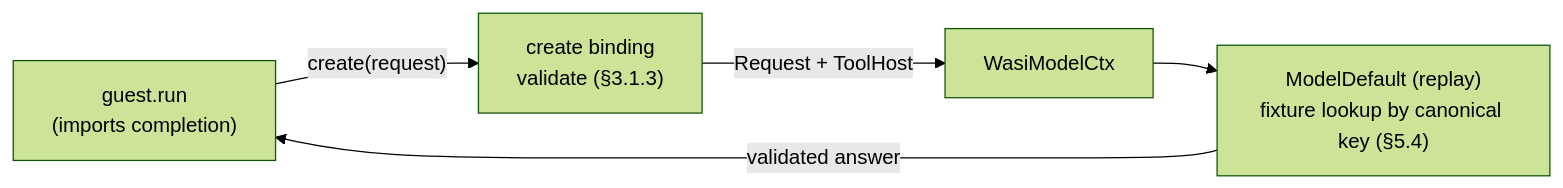
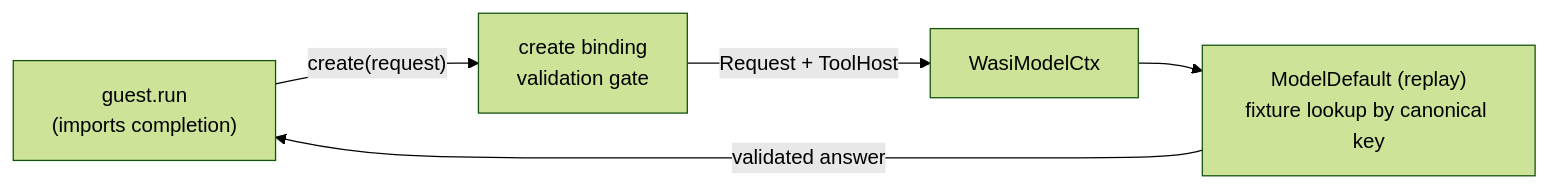
One commit to augentic/omnia changed the diagram in examples/model/README.md. Above: the diagram before and after it, drawn with Mermaid (forest theme). The commit also changed other lines of this file and 69 other files, not shown here.

````diff
--- a/examples/model/README.md
+++ b/examples/model/README.md
@@ -14,7 +14,7 @@
 ```mermaid
 flowchart LR
-  guest["guest.run<br/>(imports completion)"] -->|"create(request)"| bind["create binding<br/>validate (§3.1.3)"]
+  guest["guest.run<br/>(imports completion)"] -->|"create(request)"| bind["create binding<br/>validation gate"]
   bind -->|"Request + ToolHost"| ctx["WasiModelCtx"]
-  ctx --> replay["ModelDefault (replay)<br/>fixture lookup by canonical key (§5.4)"]
+  ctx --> replay["ModelDefault (replay)<br/>fixture lookup by canonical key"]
   replay -->|"validated answer"| guest
 ```
````
